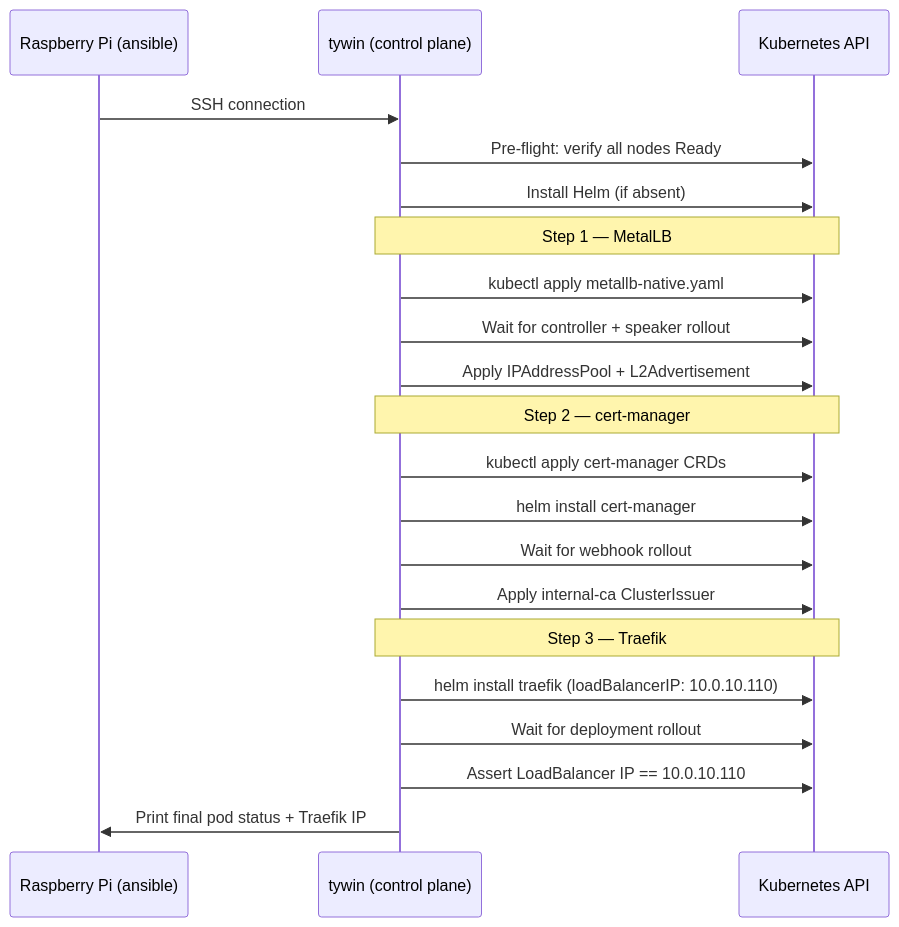
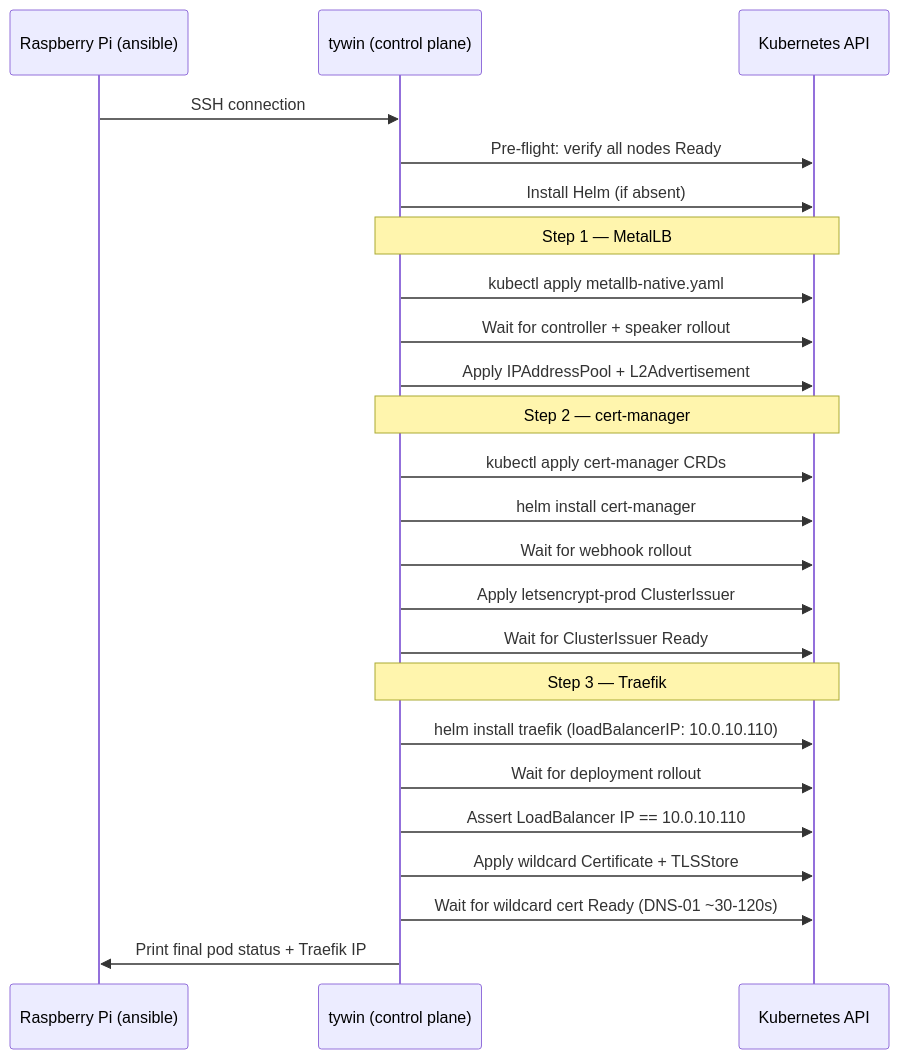
The second of 2 diagrams in docs/guides/03-Networking-Platform.md (Kagiso-me/homelab-infrastructure), drawn with Mermaid before and after one commit. The commit also changed other lines of this file and 1 other file, not shown here.

Commit message:
docs: update networking platform guide with cert-manager and TLSStore details

````diff
--- a/docs/guides/03-Networking-Platform.md
+++ b/docs/guides/03-Networking-Platform.md
@@ -211,28 +210,31 @@
 ```mermaid
 sequenceDiagram
     participant RPi as Raspberry Pi (ansible)
     participant CP as tywin (control plane)
     participant K8s as Kubernetes API
 
     RPi->>CP: SSH connection
     CP->>K8s: Pre-flight: verify all nodes Ready
     CP->>K8s: Install Helm (if absent)
 
     Note over CP,K8s: Step 1 — MetalLB
     CP->>K8s: kubectl apply metallb-native.yaml
     CP->>K8s: Wait for controller + speaker rollout
     CP->>K8s: Apply IPAddressPool + L2Advertisement
 
     Note over CP,K8s: Step 2 — cert-manager
     CP->>K8s: kubectl apply cert-manager CRDs
     CP->>K8s: helm install cert-manager
     CP->>K8s: Wait for webhook rollout
-    CP->>K8s: Apply internal-ca ClusterIssuer
+    CP->>K8s: Apply letsencrypt-prod ClusterIssuer
+    CP->>K8s: Wait for ClusterIssuer Ready
 
     Note over CP,K8s: Step 3 — Traefik
     CP->>K8s: helm install traefik (loadBalancerIP: 10.0.10.110)
     CP->>K8s: Wait for deployment rollout
     CP->>K8s: Assert LoadBalancer IP == 10.0.10.110
+    CP->>K8s: Apply wildcard Certificate + TLSStore
+    CP->>K8s: Wait for wildcard cert Ready (DNS-01 ~30-120s)
 
     CP->>RPi: Print final pod status + Traefik IP
 ```
````
